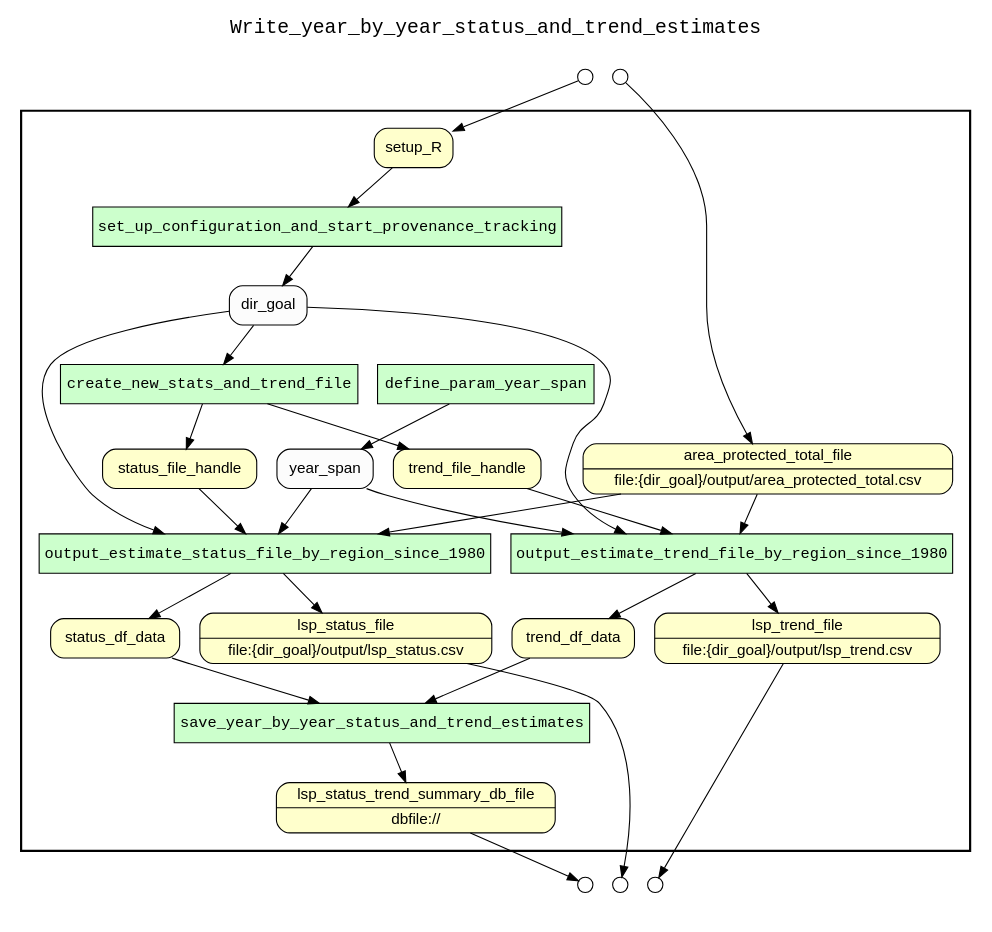
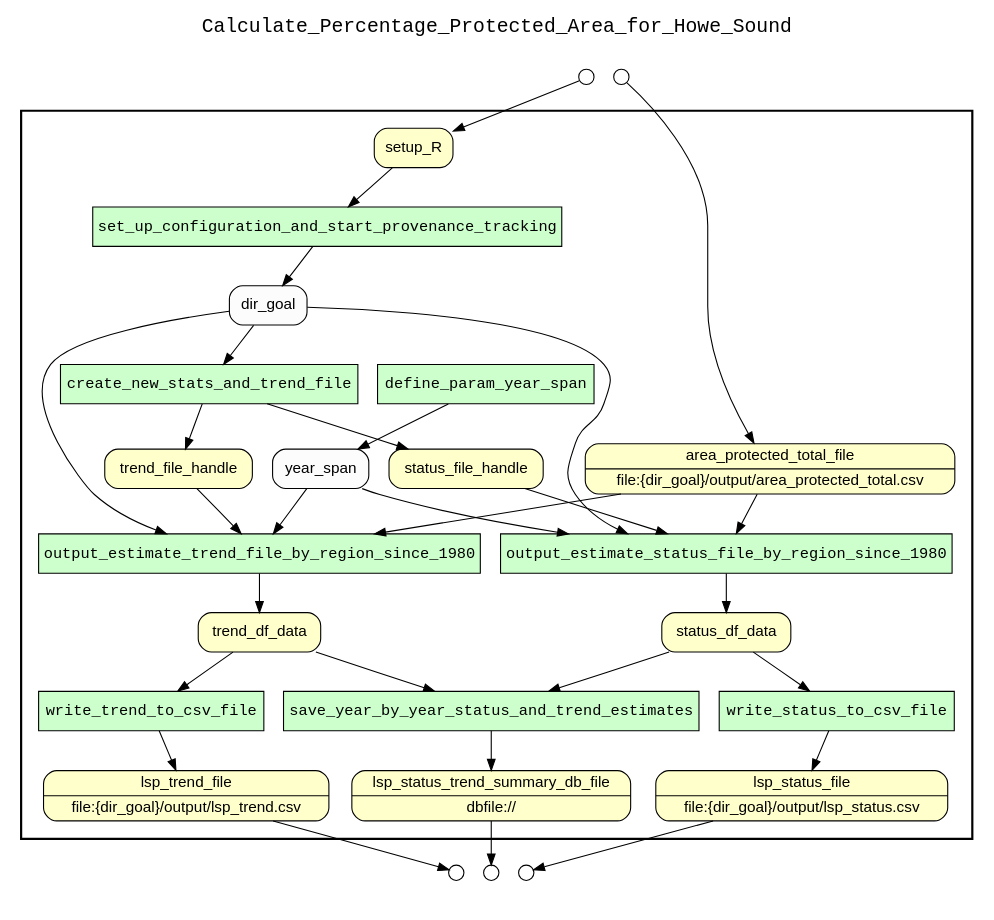
The diagram in examples/OHIBC_Howe_Sound/hybrid provenance queries/examples/estimate_status_and_trend_by_year/results/complete_wf_graph_uri.gv (sycao5/runManager-multipleRuns), drawn with Graphviz before and after one commit. The commit also changed 30 other files, not shown here.

Commit message:
Update yw annotations for estimate_status_and_trend_by_year.R hybrid query .

```diff
--- a/examples/OHIBC_Howe_Sound/hybrid provenance queries/examples/estimate_status_and_trend_by_year/results/complete_wf_graph_uri.gv
+++ b/examples/OHIBC_Howe_Sound/hybrid provenance queries/examples/estimate_status_and_trend_by_year/results/complete_wf_graph_uri.gv
@@ -1,67 +1,71 @@
 digraph Workflow {
 rankdir=TB
 fontname=Courier; fontsize=18; labelloc=t
-label=Write_year_by_year_status_and_trend_estimates
+label=Calculate_Percentage_Protected_Area_for_Howe_Sound
 subgraph cluster_workflow_box_outer { label=""; color=black; penwidth=2
 subgraph cluster_workflow_box_inner { label=""; color=white
 node[shape=box style=filled fillcolor="#CCFFCC" peripheries=1 fontname=Courier]
 set_up_configuration_and_start_provenance_tracking
 create_new_stats_and_trend_file
 define_param_year_span
 output_estimate_status_file_by_region_since_1980
+write_status_to_csv_file
 output_estimate_trend_file_by_region_since_1980
+write_trend_to_csv_file
 save_year_by_year_status_and_trend_estimates
 node[shape=box style="rounded,filled" fillcolor="#FFFFCC" peripheries=1 fontname=Helvetica]
 lsp_status_file [shape=record rankdir=LR label="{<f0> lsp_status_file |<f1> file\:\{dir_goal\}/output/lsp_status.csv}"];
 lsp_trend_file [shape=record rankdir=LR label="{<f0> lsp_trend_file |<f1> file\:\{dir_goal\}/output/lsp_trend.csv}"];
 lsp_status_trend_summary_db_file [shape=record rankdir=LR label="{<f0> lsp_status_trend_summary_db_file |<f1> dbfile\://}"];
 setup_R
 area_protected_total_file [shape=record rankdir=LR label="{<f0> area_protected_total_file |<f1> file\:\{dir_goal\}/output/area_protected_total.csv}"];
 status_file_handle
+status_df_data
 trend_file_handle
-status_df_data
 trend_df_data
 node[shape=box style="rounded,filled" fillcolor="#FCFCFC" peripheries=1 fontname=Helvetica]
 dir_goal
 year_span
 set_up_configuration_and_start_provenance_tracking -> dir_goal
 setup_R -> set_up_configuration_and_start_provenance_tracking
 create_new_stats_and_trend_file -> status_file_handle
 create_new_stats_and_trend_file -> trend_file_handle
 dir_goal -> create_new_stats_and_trend_file
 define_param_year_span -> year_span
-output_estimate_status_file_by_region_since_1980 -> lsp_status_file
 output_estimate_status_file_by_region_since_1980 -> status_df_data
 year_span -> output_estimate_status_file_by_region_since_1980
 dir_goal -> output_estimate_status_file_by_region_since_1980
 area_protected_total_file -> output_estimate_status_file_by_region_since_1980
 status_file_handle -> output_estimate_status_file_by_region_since_1980
-output_estimate_trend_file_by_region_since_1980 -> lsp_trend_file
+write_status_to_csv_file -> lsp_status_file
+status_df_data -> write_status_to_csv_file
 output_estimate_trend_file_by_region_since_1980 -> trend_df_data
 dir_goal -> output_estimate_trend_file_by_region_since_1980
 year_span -> output_estimate_trend_file_by_region_since_1980
 area_protected_total_file -> output_estimate_trend_file_by_region_since_1980
 trend_file_handle -> output_estimate_trend_file_by_region_since_1980
+write_trend_to_csv_file -> lsp_trend_file
+trend_df_data -> write_trend_to_csv_file
 save_year_by_year_status_and_trend_estimates -> lsp_status_trend_summary_db_file
 status_df_data -> save_year_by_year_status_and_trend_estimates
 trend_df_data -> save_year_by_year_status_and_trend_estimates
 }}
 subgraph cluster_input_ports_group_outer { label=""; color=white
 subgraph cluster_input_ports_group_inner { label=""; color=white
 node[shape=circle style="rounded,filled" fillcolor="#FFFFFF" peripheries=1 fontname=Helvetica width=0.2]
 setup_R_input_port [label=""]
 area_protected_total_file_input_port [label=""]
 }}
 subgraph cluster_output_ports_group_outer { label=""; color=white
 subgraph cluster_output_ports_group_inner { label=""; color=white
 node[shape=circle style="rounded,filled" fillcolor="#FFFFFF" peripheries=1 fontname=Helvetica width=0.2]
 lsp_status_file_output_port [label=""]
 lsp_trend_file_output_port [label=""]
 lsp_status_trend_summary_db_file_output_port [label=""]
 }}
 setup_R_input_port -> setup_R
 area_protected_total_file_input_port -> area_protected_total_file
 lsp_status_file -> lsp_status_file_output_port
 lsp_trend_file -> lsp_trend_file_output_port
 lsp_status_trend_summary_db_file -> lsp_status_trend_summary_db_file_output_port
 }
```
